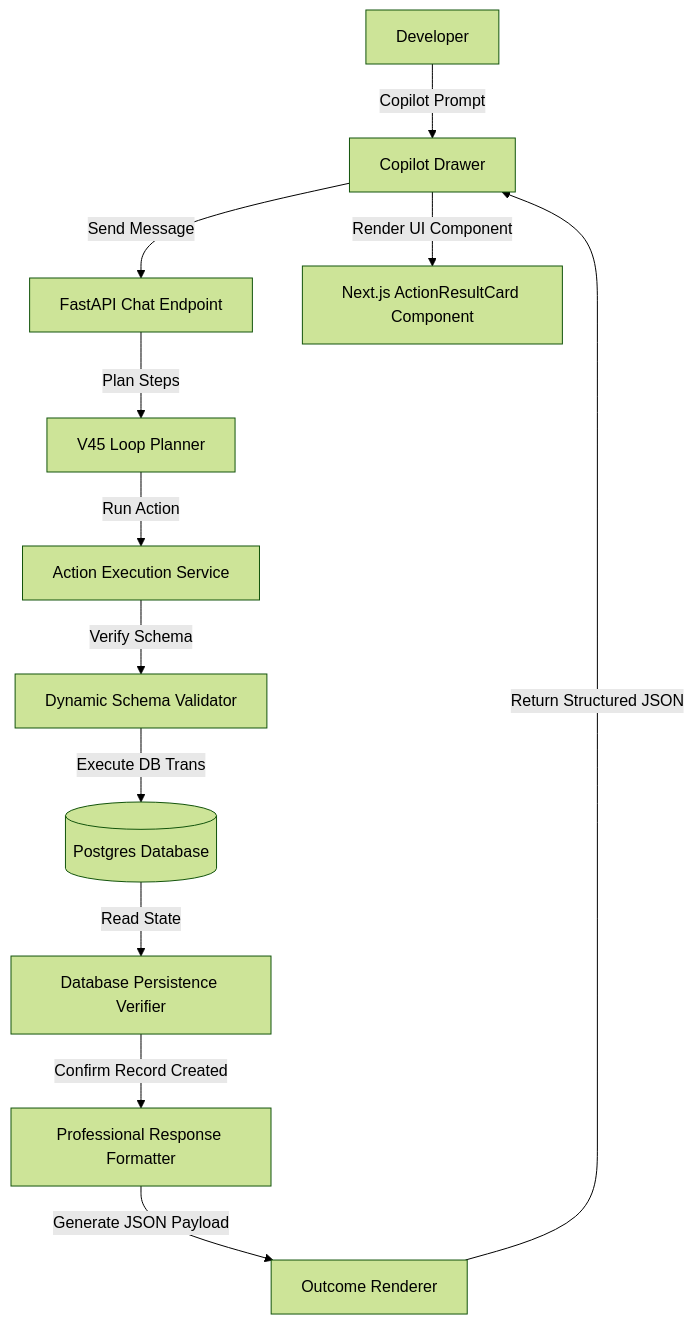
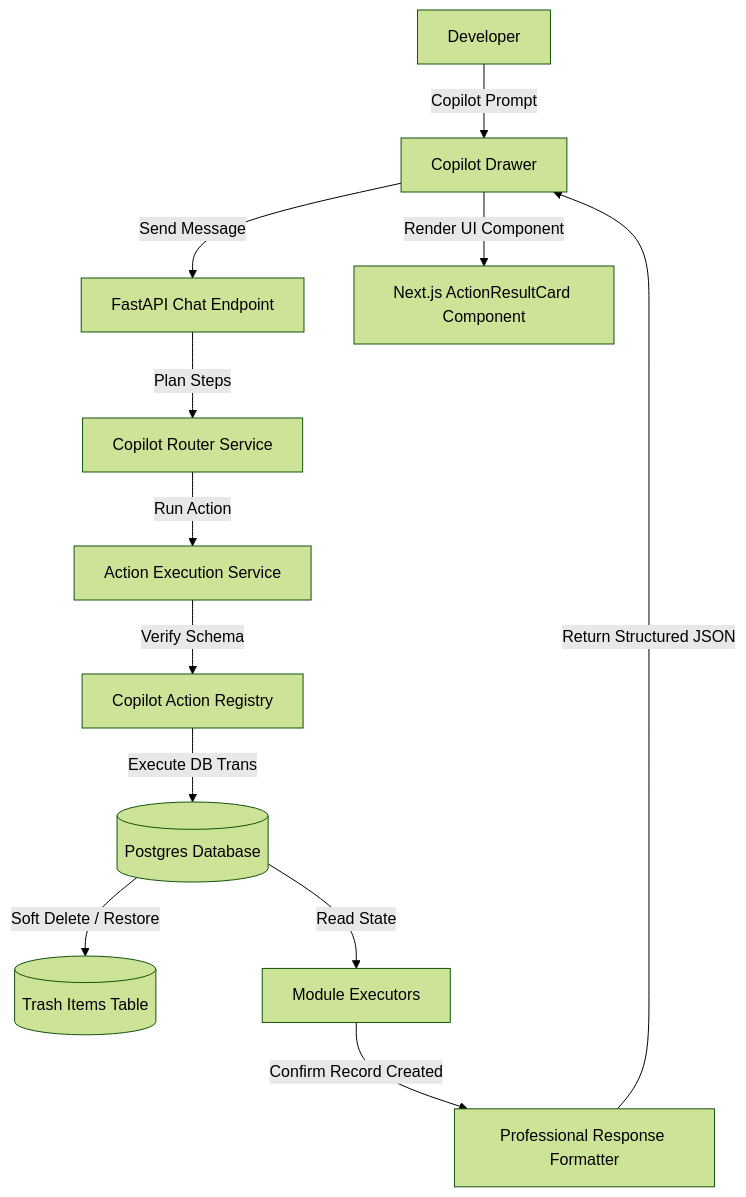
One commit to buildwithpnj/bwp changed the diagram in content/blog/engineering-day-july-14-2026.md. Above: the diagram before and after it, drawn with Mermaid (forest theme). The commit also changed other lines of this file, not shown here.

Commit message:
docs(blog): document V0.50 Copilot Control Plane release & E2E tests

````diff
--- a/content/blog/engineering-day-july-14-2026.md
+++ b/content/blog/engineering-day-july-14-2026.md
@@ -28,17 +28,17 @@
 ```mermaid
 graph TD
     User[Developer] -->|Copilot Prompt| Copilot[Copilot Drawer]
     Copilot -->|Send Message| ChatAPI[FastAPI Chat Endpoint]
-    ChatAPI -->|Plan Steps| Planner[V45 Loop Planner]
+    ChatAPI -->|Plan Steps| Planner[Copilot Router Service]
     
     Planner -->|Run Action| ActionExec[Action Execution Service]
-    ActionExec -->|Verify Schema| SchemaVal[Dynamic Schema Validator]
+    ActionExec -->|Verify Schema| SchemaVal[Copilot Action Registry]
     SchemaVal -->|Execute DB Trans| DBStore[(Postgres Database)]
     
-    DBStore -->|Read State| DBVerifier[Database Persistence Verifier]
+    DBStore -->|Soft Delete / Restore| TrashDB[(Trash Items Table)]
+    DBStore -->|Read State| DBVerifier[Module Executors]
     DBVerifier -->|Confirm Record Created| FormatFilter[Professional Response Formatter]
-    FormatFilter -->|Generate JSON Payload| OutcomeRender[Outcome Renderer]
     
-    OutcomeRender -->|Return Structured JSON| Copilot
+    FormatFilter -->|Return Structured JSON| Copilot
     Copilot -->|Render UI Component| ActionResultCard[Next.js ActionResultCard Component]
 ```
````
